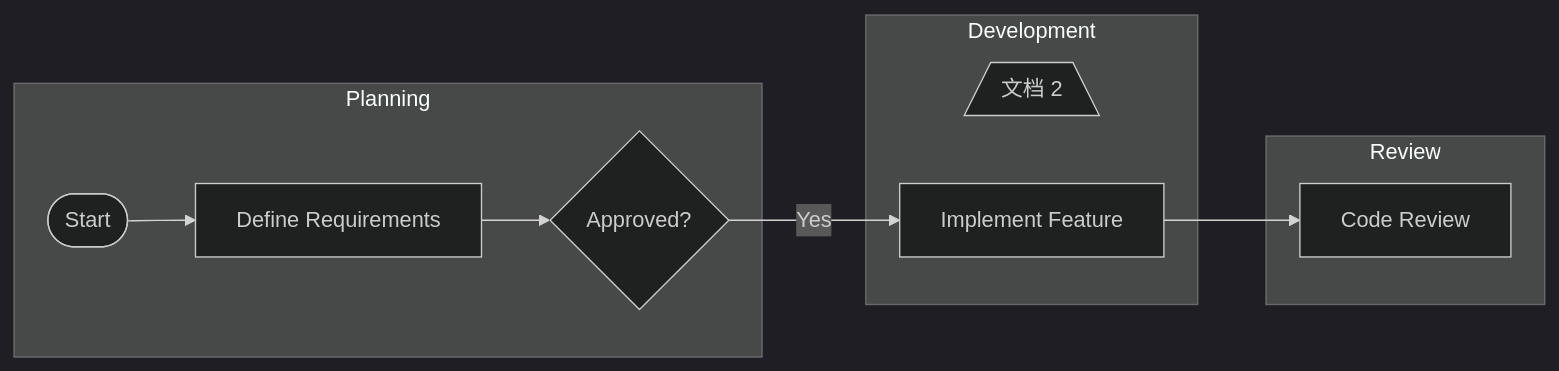
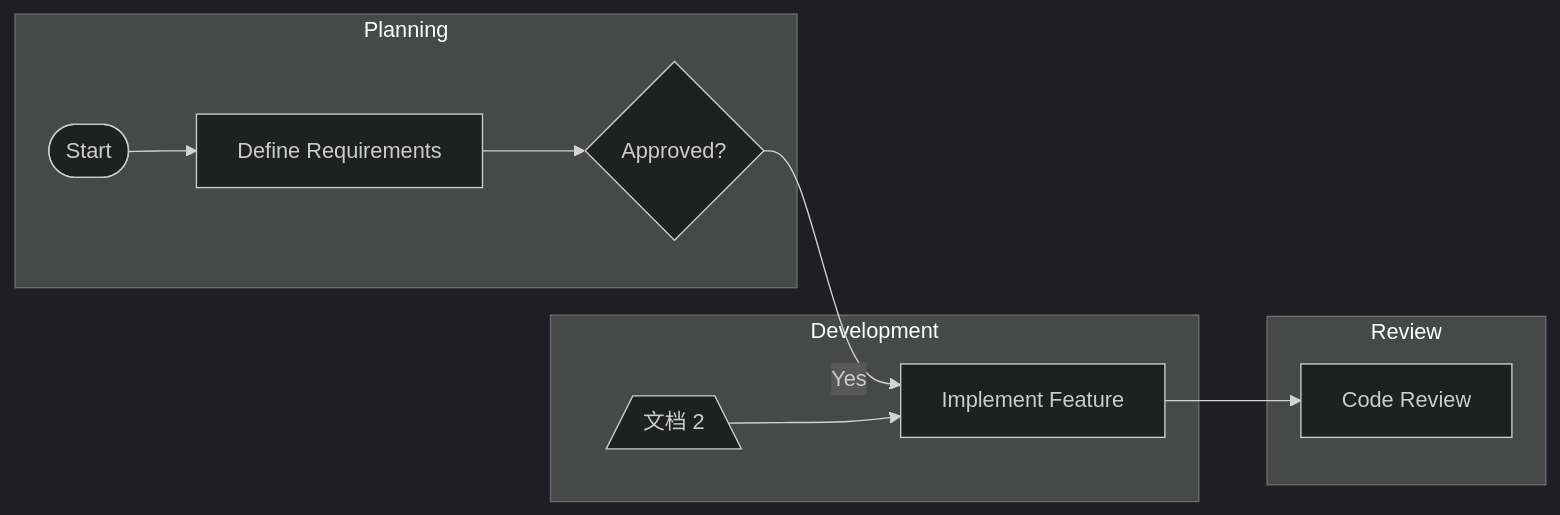
Before and after one commit to pingpm/mermaid_vault: the diagram in notes/123_db1c1734-f502-4c75-9e0f-54d0fdacbbeb.md, drawn with Mermaid (dark theme). The commit also changed 2 other files, not shown here.

Commit message:
Sync Mermaid Studio data (9 diagrams)

````diff
--- a/notes/123_db1c1734-f502-4c75-9e0f-54d0fdacbbeb.md
+++ b/notes/123_db1c1734-f502-4c75-9e0f-54d0fdacbbeb.md
@@ -3,20 +3,21 @@
 ```mermaid
 graph LR
   subgraph lane_lane_1["Planning"]
     t_task_3{"Approved?"}
     t_task_1(["Start"])
     t_task_2["Define Requirements"]
   end
   subgraph lane_lane_2["Development"]
     t_bcb52ef5_1ab2_466e_a13e_b9249e2c2349[/"文档 2"\]
     t_task_4["Implement Feature"]
   end
   subgraph lane_lane_3["Review"]
     t_task_5["Code Review"]
   end
   t_task_1 --> t_task_2
   t_task_2 --> t_task_3
   t_task_3 -->|"Yes"| t_task_4
   t_task_4 --> t_task_5
+  t_bcb52ef5_1ab2_466e_a13e_b9249e2c2349 --> t_task_4
 
 ```
````
